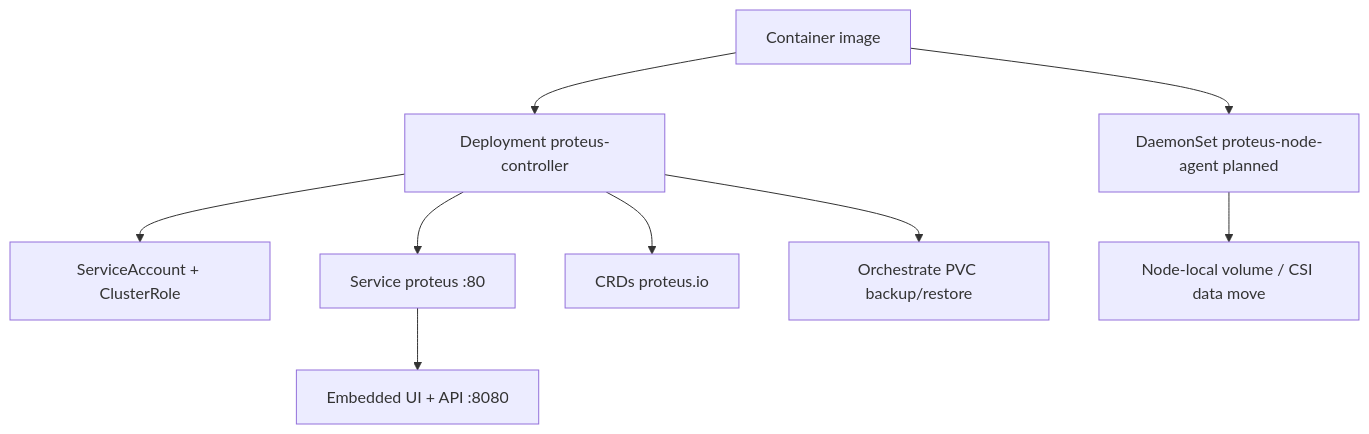
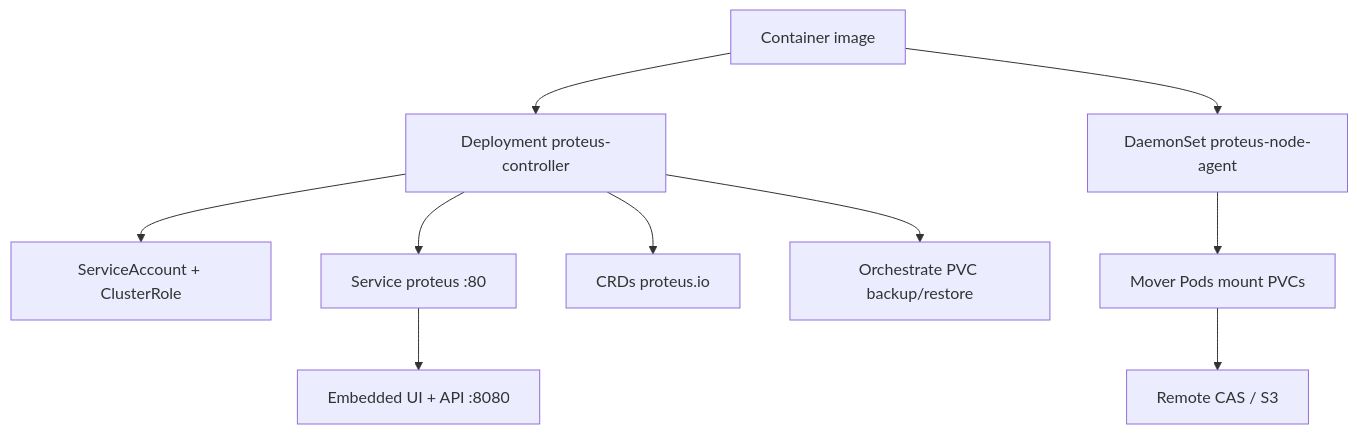
One commit to CraftingTech/proteus changed the diagram in aidd_docs/memory/deployment.md. Above: the diagram before and after it, drawn with Mermaid. The commit also changed other lines of this file and 43 other files, not shown here.

Commit message:
feat(controller): node-agent data plane for backup and restore (#66) (#77)

````diff
--- a/aidd_docs/memory/deployment.md
+++ b/aidd_docs/memory/deployment.md
@@ -14,11 +14,12 @@
 ```mermaid
 flowchart TD
   IMG[Container image] --> DEP[Deployment proteus-controller]
-  IMG --> DS[DaemonSet proteus-node-agent planned]
+  IMG --> DS[DaemonSet proteus-node-agent]
   DEP --> SA[ServiceAccount + ClusterRole]
   DEP --> SVC[Service proteus :80]
   SVC --> UI[Embedded UI + API :8080]
   DEP --> CRD[CRDs proteus.io]
   DEP --> PVC[Orchestrate PVC backup/restore]
-  DS --> VOL[Node-local volume / CSI data move]
+  DS --> MOVER[Mover Pods mount PVCs]
+  MOVER --> CAS[Remote CAS / S3]
 ```
````
